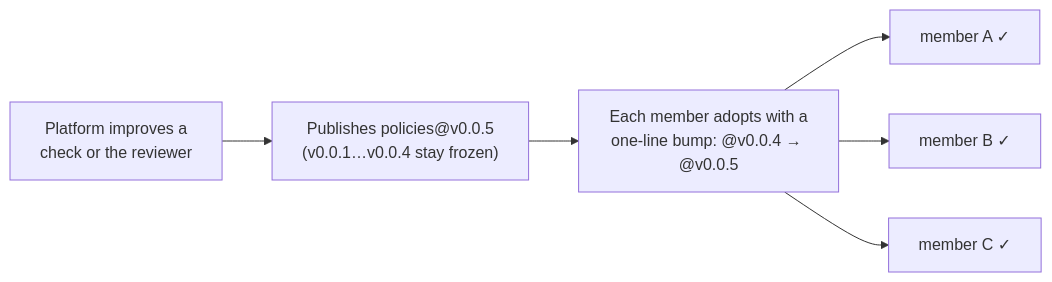
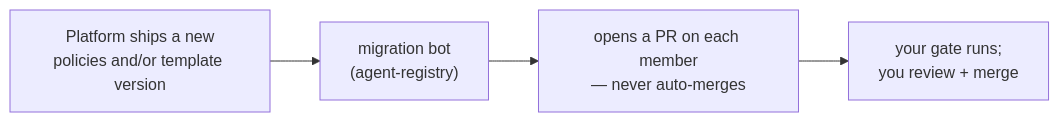
One commit to turingplanet/agent-legion changed the fifth of 5 diagrams in README.md. Above: the diagram before and after it, drawn with Mermaid. The commit also changed other lines of this file, not shown here.

````diff
--- a/README.md
+++ b/README.md
@@ -92,8 +92,6 @@
 ```mermaid
 flowchart LR
-    DEV["Platform improves a<br/>check or the reviewer"] --> PUB["Publishes policies@v0.0.5<br/>(v0.0.1…v0.0.4 stay frozen)"]
-    PUB --> ADOPT["Each member adopts with a<br/>one-line bump: @v0.0.4 → @v0.0.5"]
-    ADOPT --> MA["member A ✓"]
-    ADOPT --> MB["member B ✓"]
-    ADOPT --> MC["member C ✓"]
+    DEV["Platform ships a new<br/>policies and/or template version"] --> BOT["migration bot<br/>(agent-registry)"]
+    BOT --> PR["opens a PR on each member<br/>— never auto-merges"]
+    PR --> GATE["your gate runs;<br/>you review + merge"]
 ```
````
